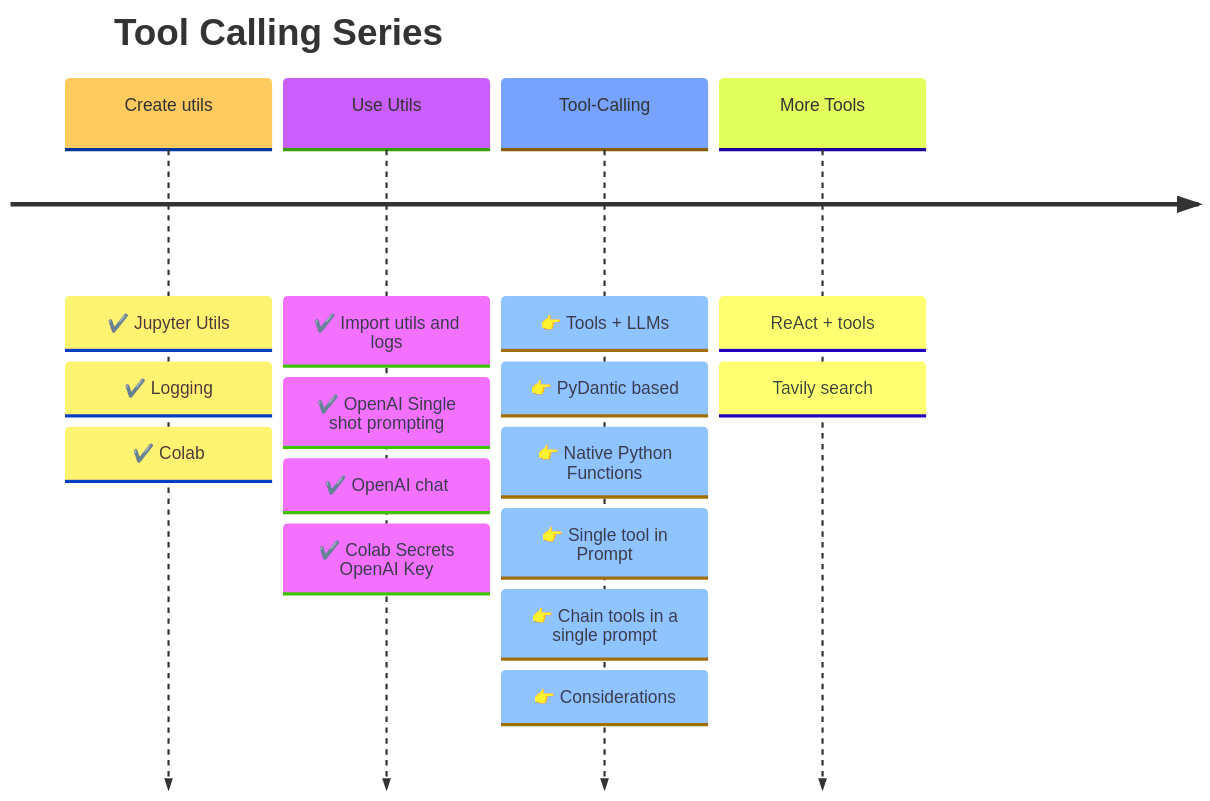
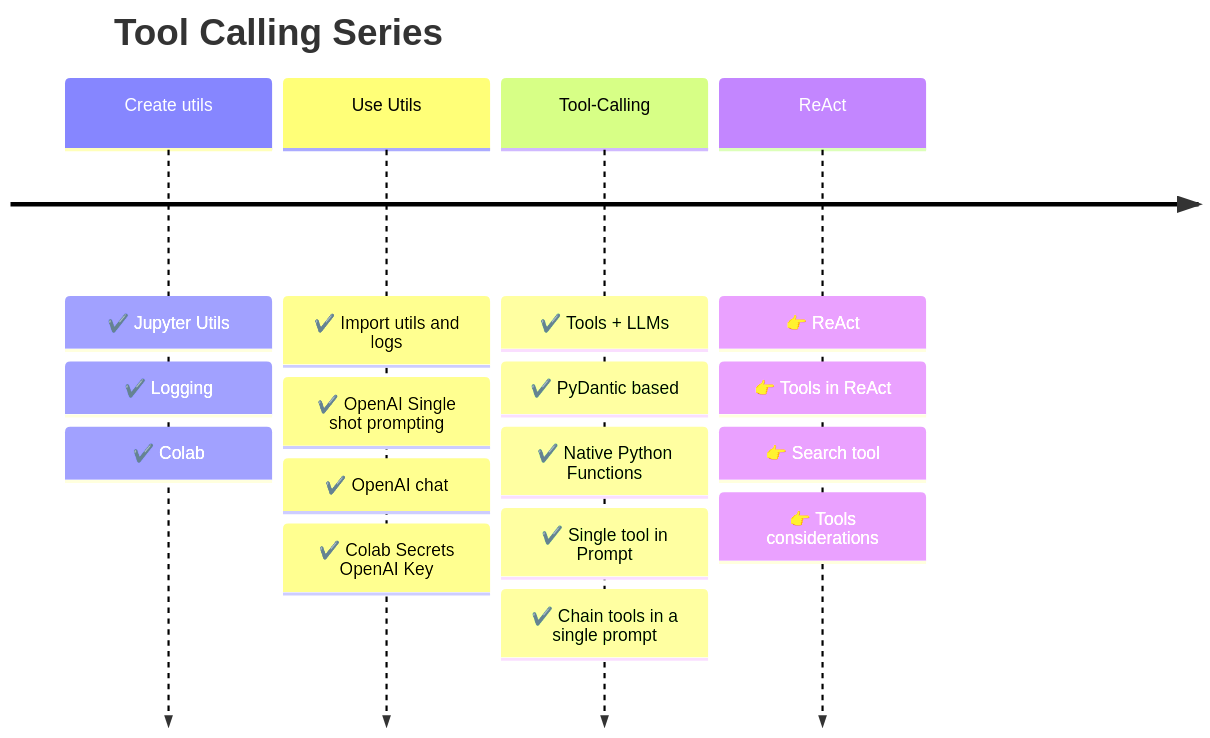
Before and after one commit to vamsijuvvigunta/vamsijuvvigunta.github.io: the diagram in series/py-llm/puml/series-4-tools-react/py-llm-series-4.mermaid, drawn with Mermaid. The commit also changed 6 other files, not shown here.

```diff
--- a/series/py-llm/puml/series-4-tools-react/py-llm-series-4.mermaid
+++ b/series/py-llm/puml/series-4-tools-react/py-llm-series-4.mermaid
@@ -1,20 +1,21 @@
 
 %% These are one of 'base', 'forest', 'default', 'base', 'dark', `neutral`
-%%{init: { 'logLevel': 'debug', 'theme': 'base' } }%%
+%%{init: { 'logLevel': 'debug', 'theme': 'default' } }%%
 timeline
     title Tool Calling Series 
     Create utils: ✔️ Jupyter Utils 
          : ✔️ Logging 
          : ✔️ Colab 
     Use Utils: ✔️ Import utils and logs
              : ✔️ OpenAI Single shot prompting
              : ✔️ OpenAI chat
              : ✔️ Colab Secrets OpenAI Key     
-    Tool-Calling : 👉 Tools + LLMs
-                 : 👉 PyDantic based 
-                 : 👉 Native Python Functions
-                 : 👉 Single tool in Prompt 
-                 : 👉 Chain tools in a single prompt
-                 : 👉 Considerations
-    More Tools   : ReAct + tools
-                 : Tavily search
+    Tool-Calling : ✔️ Tools + LLMs
+                 : ✔️ PyDantic based 
+                 : ✔️ Native Python Functions
+                 : ✔️ Single tool in Prompt 
+                 : ✔️ Chain tools in a single prompt                 
+    ReAct        : 👉 ReAct 
+                 : 👉 Tools in ReAct
+                 : 👉 Search tool
+                 : 👉 Tools considerations
```
